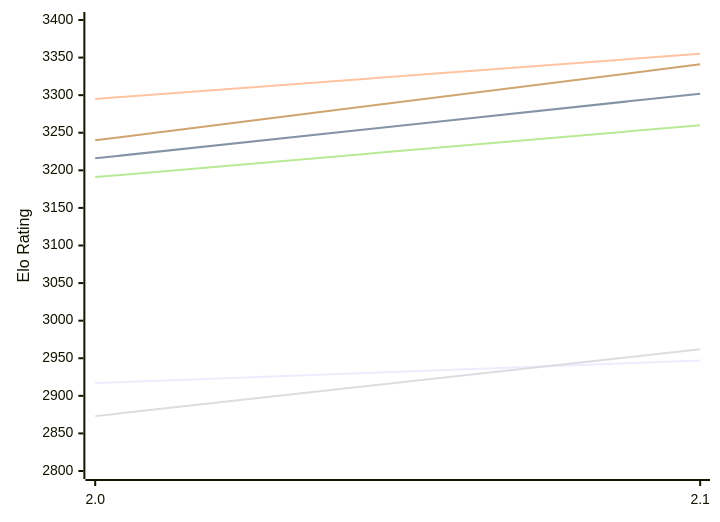
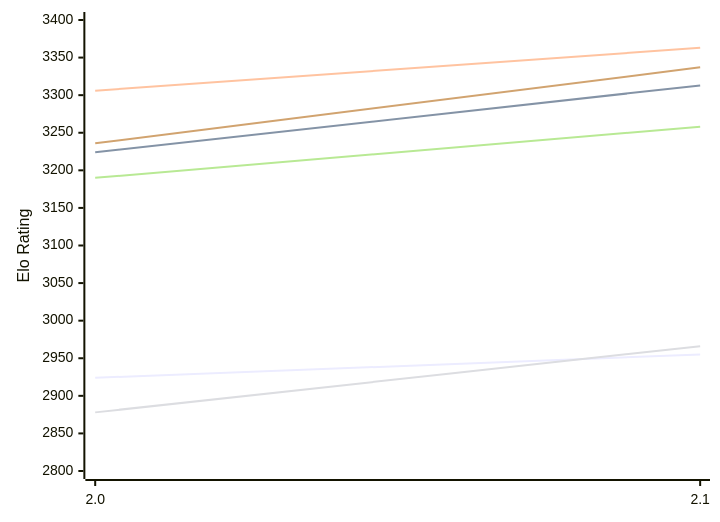
The first of 2 diagrams in engines/Onslaught.md (computer-chess-index/cci), drawn with Mermaid before and after one commit. The commit also changed other lines of this file, not shown here.

Commit message:
Update CCI Ratings (ELO VLTC) - 2026-11-16

````diff
--- a/engines/Onslaught.md
+++ b/engines/Onslaught.md
@@ -50,12 +50,12 @@
 ```mermaid
 %%{init: {"theme":"base","themeVariables":{"seriesColors:['#a3a3a3','#222221','#faa371']}}}%%
 xychart-beta
   x-axis ["2.0", "2.1"]
   y-axis "Elo Rating" 2800 --> 3400
-  line "E1: STC (8.0+0.08s)" [2917, 2947]
-  line "E1: LTC (60.0+0.60s)" [3216, 3302]
-  line "E1: VLTC (2m24s+1.12s)" [3295, 3355]
-  line "P1: STC (8.0+0.08s)" [2873, 2962]
-  line "P1: LTC (60.0+0.60s)" [3191, 3260]
-  line "P1: VLTC (2m24s+1.12s)" [3240, 3341]
+  line "E1: STC (8.0+0.08s)" [2924, 2955]
+  line "E1: LTC (60.0+0.60s)" [3224, 3313]
+  line "E1: VLTC (2m24s+1.12s)" [3306, 3363]
+  line "P1: STC (8.0+0.08s)" [2878, 2966]
+  line "P1: LTC (60.0+0.60s)" [3190, 3258]
+  line "P1: VLTC (2m24s+1.12s)" [3236, 3337]
 ```
````
